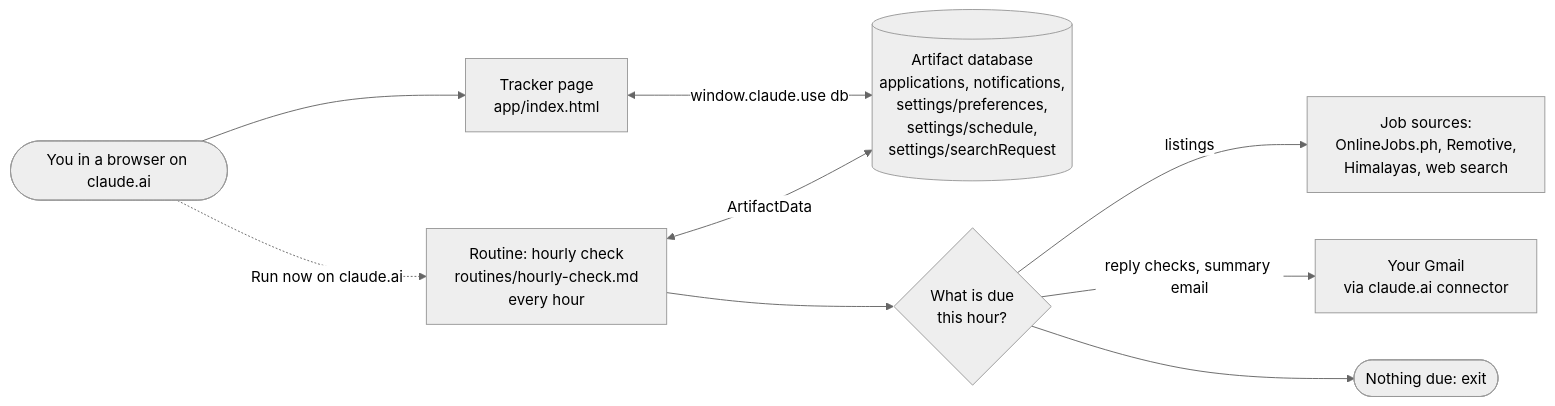
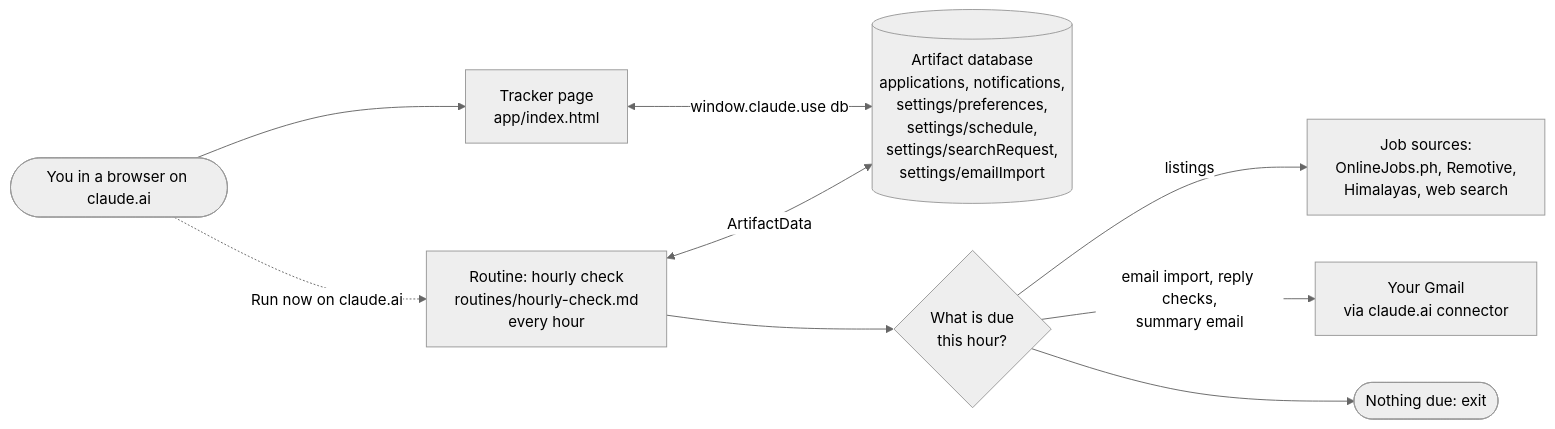
Before and after one commit to ramcoded/job-hunt-tracker: the diagram in README.md, drawn with Mermaid (neutral theme). The commit also changed other lines of this file and 5 other files, not shown here.

First line of the commit message:
Import applications from email

````diff
--- a/README.md
+++ b/README.md
@@ -36,20 +38,20 @@
 ```mermaid
 flowchart LR
   user([You in a browser on claude.ai])
   page[Tracker page<br/>app/index.html]
-  db[(Artifact database<br/>applications, notifications,<br/>settings/preferences,<br/>settings/schedule,<br/>settings/searchRequest)]
+  db[(Artifact database<br/>applications, notifications,<br/>settings/preferences,<br/>settings/schedule,<br/>settings/searchRequest,<br/>settings/emailImport)]
   routine[Routine: hourly check<br/>routines/hourly-check.md<br/>every hour]
   due{What is due<br/>this hour?}
   web[Job sources:<br/>OnlineJobs.ph, Remotive,<br/>Himalayas, web search]
   gmail[Your Gmail<br/>via claude.ai connector]
   stop([Nothing due: exit])
 
   user --> page
   user -.->|Run now on claude.ai| routine
   page <-->|window.claude.use db| db
   routine <-->|ArtifactData| db
   routine --> due
   due -->|listings| web
-  due -->|reply checks, summary email| gmail
+  due -->|email import, reply checks,<br/>summary email| gmail
   due --> stop
 ```
````
